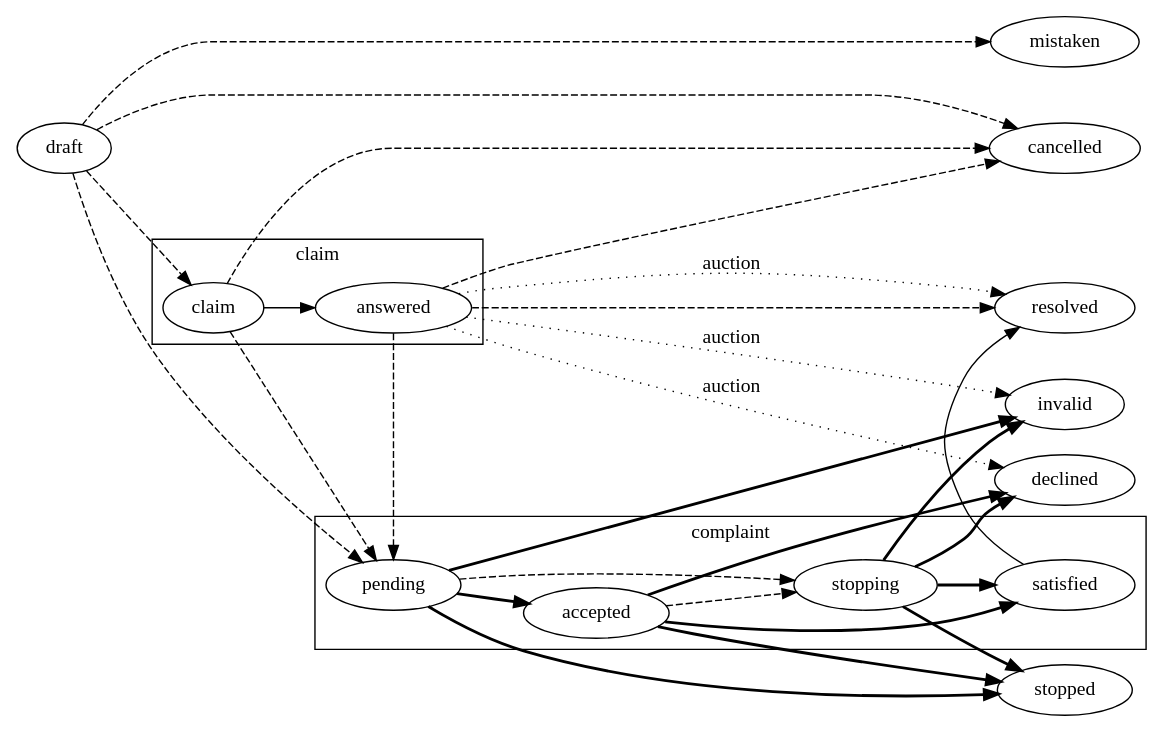
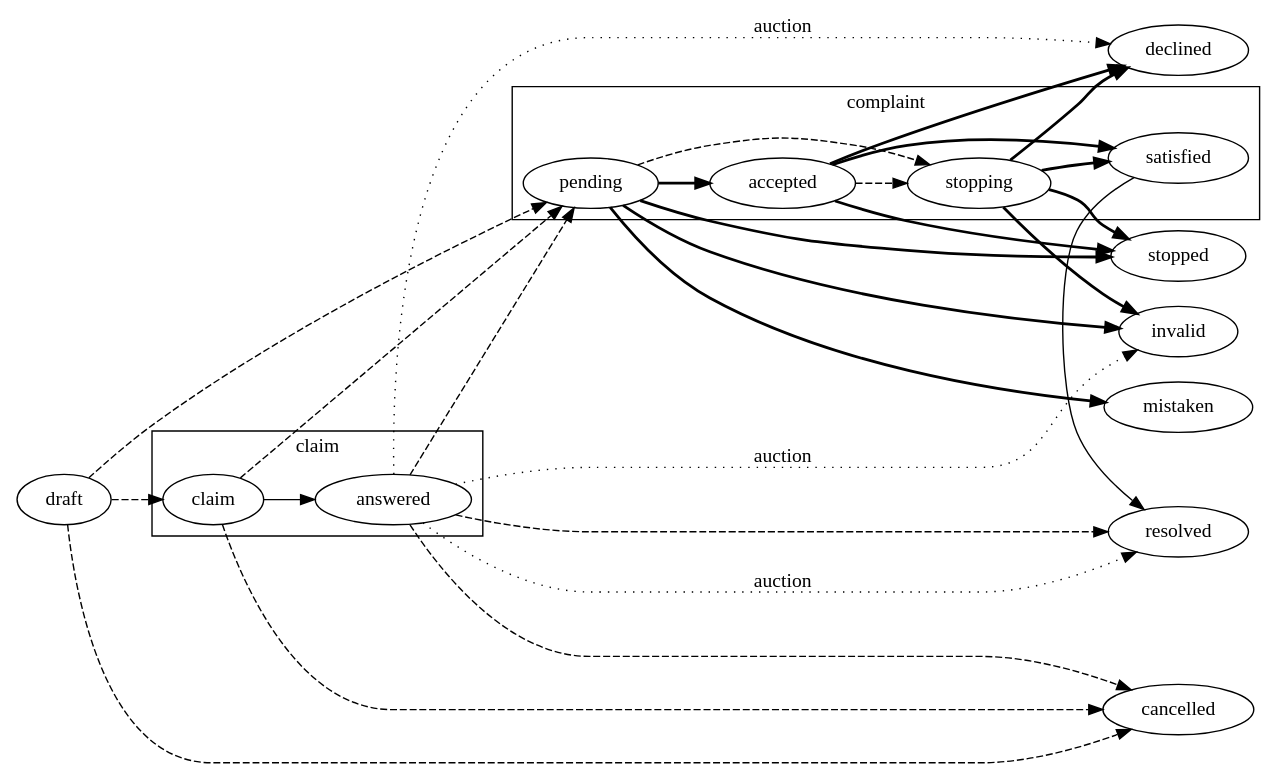
One commit to ProzorroUKR/openprocurement.api changed the first of 4 diagrams in docs/source/tendering/openua/complaints.rst. Above: the diagram before and after it, drawn with Graphviz. The commit also changed 208 other files, not shown here.

```diff
--- a/docs/source/tendering/openua/complaints.rst
+++ b/docs/source/tendering/openua/complaints.rst
@@ -16,29 +16,29 @@
 .. graphviz::
 
     digraph G {
         rankdir=LR;
         {rank=same; mistaken; invalid; resolved; declined; stopped; cancelled;}
         subgraph cluster_claim {
             label = "claim";
             claim; answered;
         }
         subgraph cluster_complaint {
             label = "complaint";
             pending; satisfied; accepted; stopping;
         }
         claim -> answered;
         satisfied -> resolved;
         edge[style=dashed];
         answered -> {pending,resolved};
-        draft -> {claim,pending,mistaken};
+        draft -> {claim,pending};
         claim -> pending;
         {draft,claim,answered} -> cancelled;
         pending -> stopping;
         accepted -> stopping;
         edge[style=bold];
         accepted -> {declined,satisfied,stopped};
-        pending -> {accepted,invalid,stopped};
+        pending -> {accepted,invalid,stopped,mistaken};
         stopping -> {stopped,invalid,declined,satisfied};
         edge[label="auction" style=dotted];
         answered -> {invalid,declined,resolved};
     }
```
